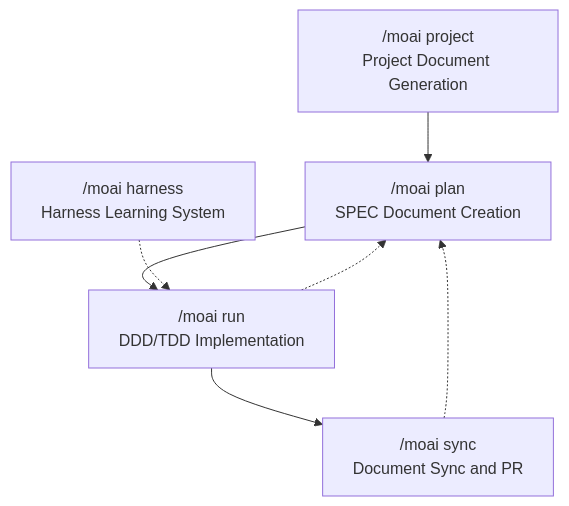
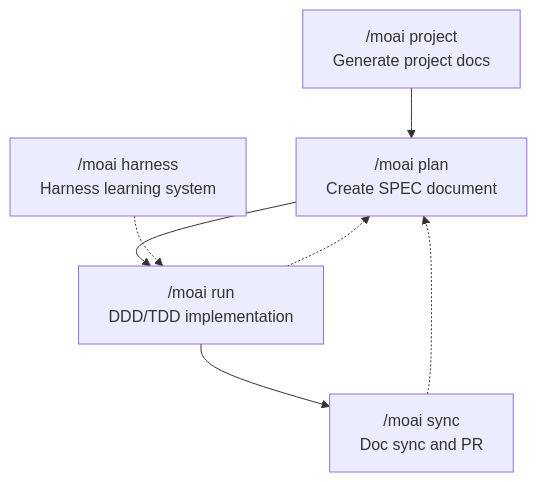
Before and after one commit to modu-ai/moai-adk: the diagram in docs-site/content/en/workflow-commands/_index.md, drawn with Mermaid. The commit also changed other lines of this file and 395 other files, not shown here.

````diff
--- a/docs-site/content/en/workflow-commands/_index.md
+++ b/docs-site/content/en/workflow-commands/_index.md
@@ -13,9 +15,9 @@
 ```mermaid
 flowchart TD
-    A["/moai project<br/>Project Document Generation"] --> B["/moai plan<br/>SPEC Document Creation"]
-    B --> D["/moai run<br/>DDD/TDD Implementation"]
-    D --> E["/moai sync<br/>Document Sync and PR"]
+    A["/moai project<br>Generate project docs"] --> B["/moai plan<br>Create SPEC document"]
+    B --> D["/moai run<br>DDD/TDD implementation"]
+    D --> E["/moai sync<br>Doc sync and PR"]
     E -.-> B
     D -.-> B
-    F["/moai harness<br/>Harness Learning System"] -.-> D
+    F["/moai harness<br>Harness learning system"] -.-> D
 ```
````
